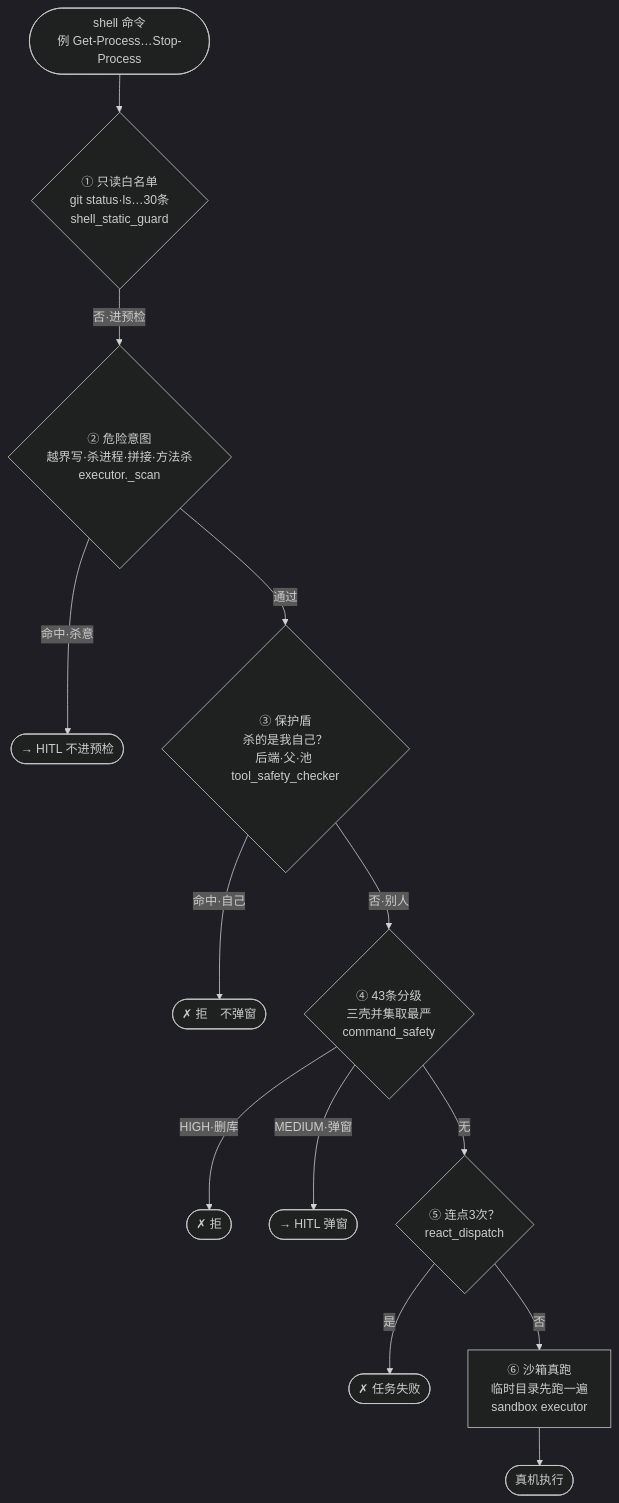
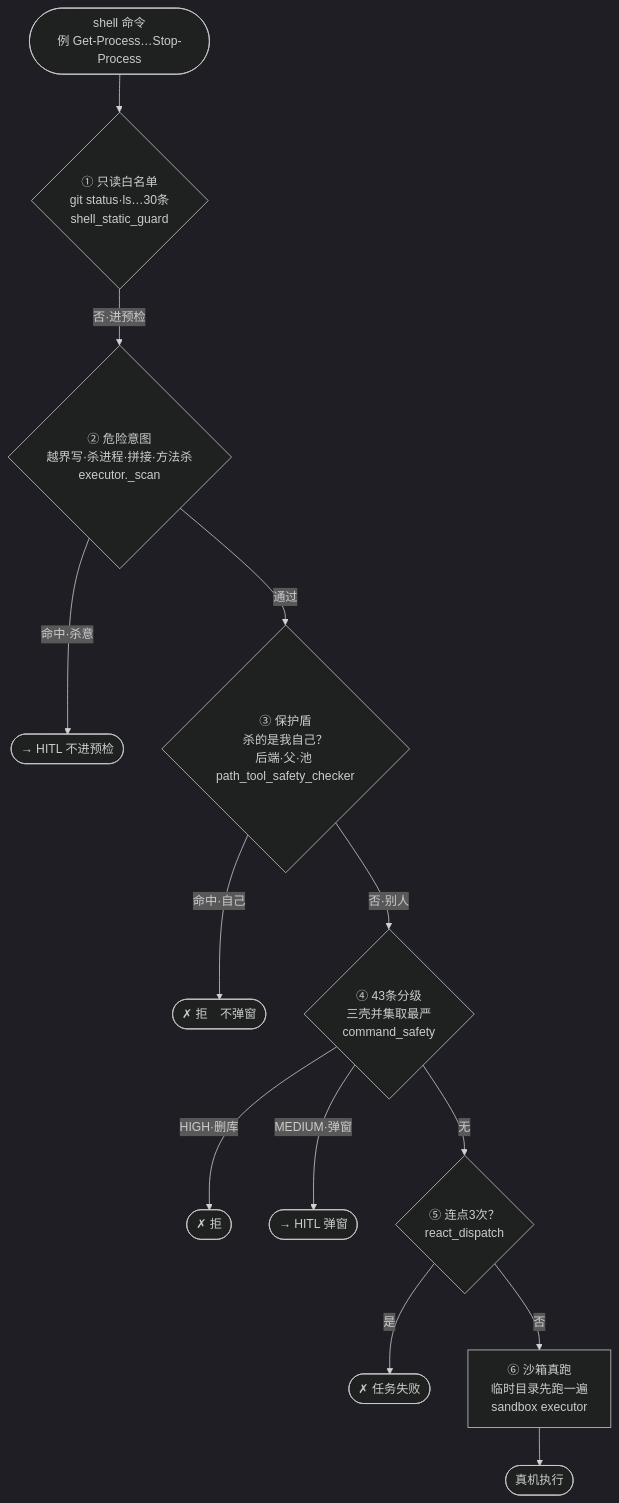
One commit to joshuachendyb/OmniAgentAst changed the second of 2 diagrams in backend/app/datafile/path_decision.md. Above: the diagram before and after it, drawn with Mermaid (dark theme). The commit also changed other lines of this file and 4 other files, not shown here.

Commit message:
docs:同步安全检查流程与活文档改名([37]§10.4权威图更新为最新流程, [36]§6.4冻结并指向, README/FUNCTIONS/path_decision 订正) - 小欧-2026-10-17

````diff
--- a/backend/app/datafile/path_decision.md
+++ b/backend/app/datafile/path_decision.md
@@ -110,15 +110,15 @@
 ```mermaid
 graph TD
     S([shell 命令<br/>例 Get-Process…Stop-Process]) --> W{"① 只读白名单<br/>git status·ls…30条<br/>shell_static_guard"}
     W -->|否·进预检| D2{"② 危险意图<br/>越界写·杀进程·拼接·方法杀<br/>executor._scan"}
     D2 -->|命中·杀意| H2(["→ HITL 不进预检"])
-    D2 -->|通过| P4{"③ 保护盾<br/>杀的是我自己？<br/>后端·父·池 tool_safety_checker"}
+    D2 -->|通过| P4{"③ 保护盾<br/>杀的是我自己？<br/>后端·父·池 path_tool_safety_checker"}
     P4 -->|命中·自己| X4(["✗ 拒　不弹窗"])
     P4 -->|否·别人| D3{"④ 43条分级<br/>三壳并集取最严<br/>command_safety"}
     D3 -->|HIGH·删库| X3(["✗ 拒"])
     D3 -->|MEDIUM·弹窗| H3(["→ HITL 弹窗"])
     D3 -->|无| C5{"⑤ 连点3次？<br/>react_dispatch"}
     C5 -->|是| X5(["✗ 任务失败"])
     C5 -->|否| S6["⑥ 沙箱真跑<br/>临时目录先跑一遍<br/>sandbox executor"]
     S6 --> E(["真机执行"])
 ```
````
